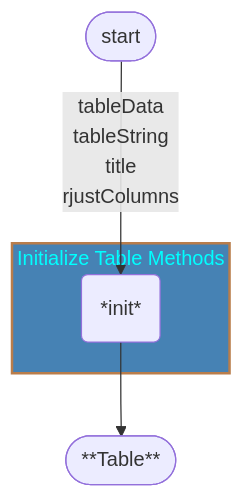
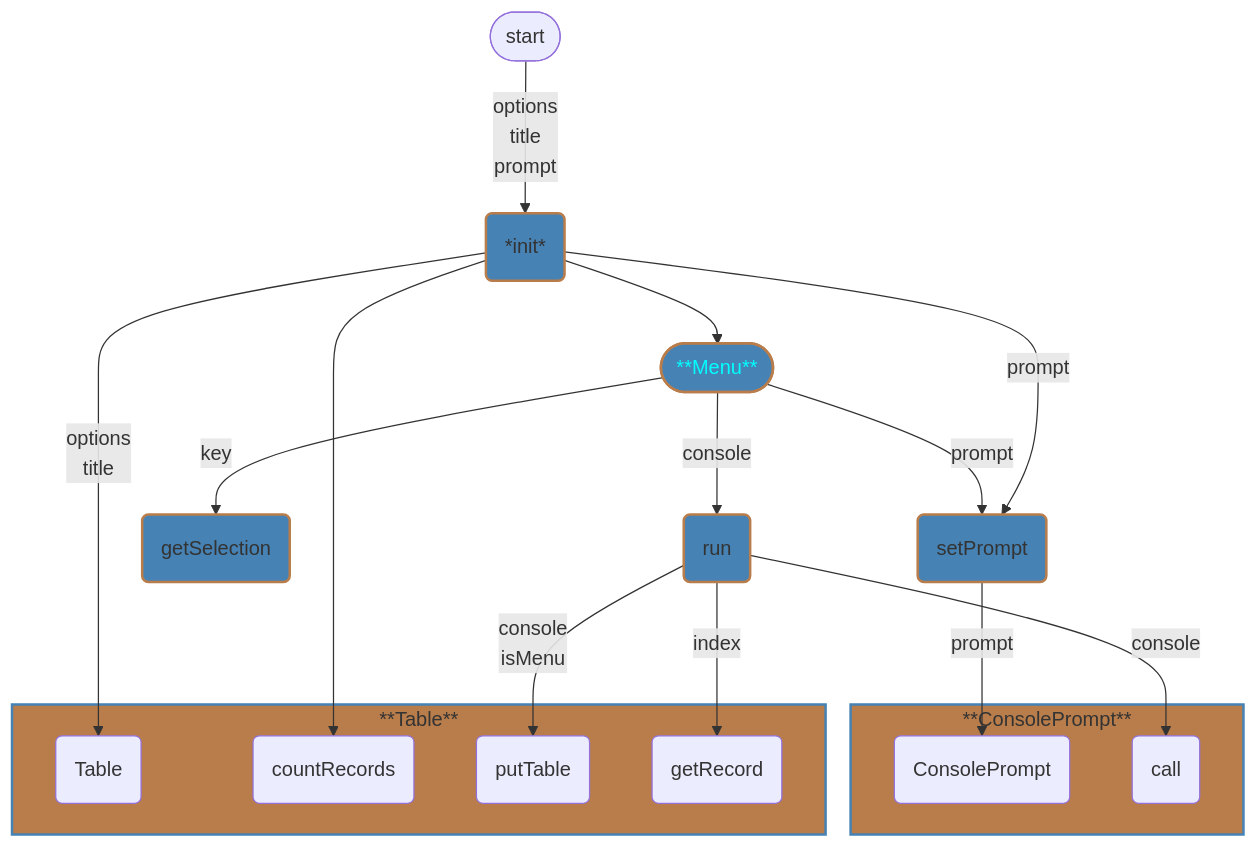
Before and after one commit to 7s4e/p3: the diagram in scripts/menu/design.md, drawn with Mermaid. The commit also changed other lines of this file and 5 other files, not shown here.

````diff
--- a/scripts/menu/design.md
+++ b/scripts/menu/design.md
@@ -7,14 +9,39 @@
 ```mermaid
 graph
+    style MNYU fill:#4682b4,stroke:#b97d4b,stroke-width:2px,color:#0ff
+    style T fill:#b97d4b,stroke:#4682b4,stroke-width:2px
+    style CP fill:#b97d4b,stroke:#4682b4,stroke-width:2px
+    classDef method fill:#4682b4,stroke:#b97d4b,stroke-width:2px
     STRT([start])
-        STRT -- tableData
-                tableString
+        STRT -- options
                 title
-                rjustColumns --> INIT
-    subgraph i [Initialize Table Methods]
-        style i fill:#4682b4,stroke:#b97d4b,stroke-width:2px,color:#0ff
-        INIT(*init*)
+                prompt  --> INIT
+    INIT(*init*):::method
+        INIT -- options
+                title   --> TBLE
+        INIT            --> CREC
+        INIT -- prompt  --> SPMT
+        INIT            --> MNYU
+    MNYU([**Menu**])
+        MNYU -- prompt  --> SPMT
+        MNYU -- key     --> GSLC
+        MNYU -- console --> RNMN
+    SPMT(setPrompt):::method
+        SPMT -- prompt --> CPMT
+    RNMN(run):::method
+        RNMN -- console
+                isMenu  --> PTBL
+        RNMN -- console --> CLLP
+        RNMN -- index   --> GREC
+    GSLC(getSelection):::method
+    subgraph T [**Table**]
+        TBLE(Table)
+        CREC(countRecords)
+        PTBL(putTable)
+        GREC(getRecord)
     end
-    TABL([**Table**])
-        INIT --> TABL
+    subgraph CP [**ConsolePrompt**]
+        CPMT(ConsolePrompt)
+        CLLP(call)
+    end
 ```
````
